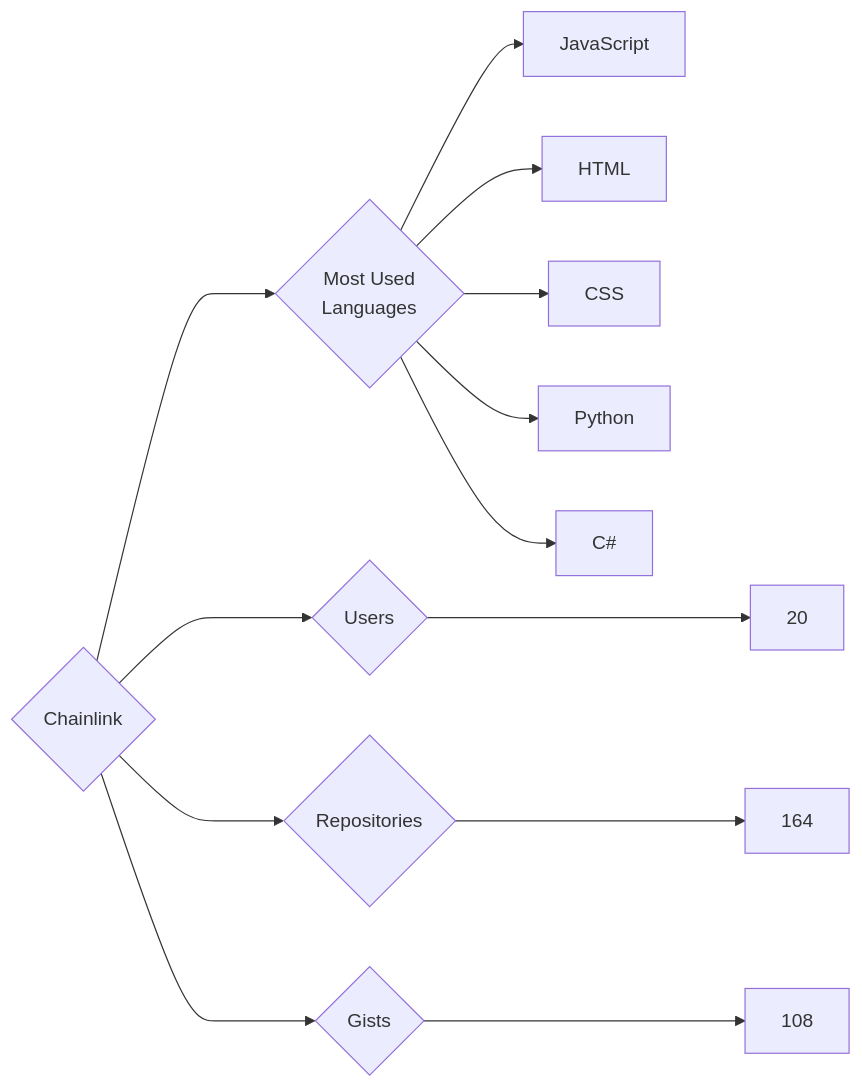
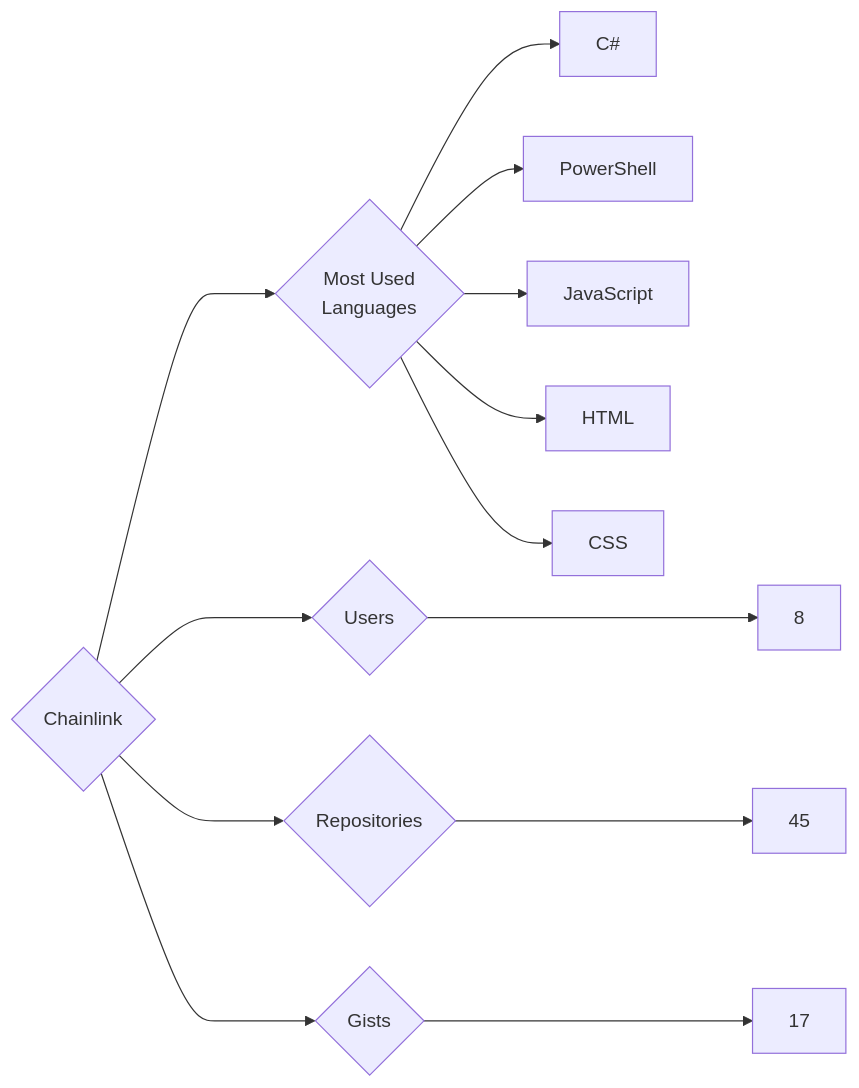
Before and after one commit to trickest/insiders: the diagram in targets/Chainlink/README.md, drawn with Mermaid. The commit also changed 745 other files, not shown here.

````diff
--- a/targets/Chainlink/README.md
+++ b/targets/Chainlink/README.md
@@ -3,13 +3,13 @@
 ```mermaid
 graph LR
 COMPANY_NAME{Chainlink}
-COMPANY_NAME ---> U{Users} ---> UN[20]
-COMPANY_NAME ---> R{Repositories} ---> RN[164]
-COMPANY_NAME ---> G{Gists} ---> GN[108]
+COMPANY_NAME ---> U{Users} ---> UN[8]
+COMPANY_NAME ---> R{Repositories} ---> RN[45]
+COMPANY_NAME ---> G{Gists} ---> GN[17]
 COMPANY_NAME ---> ML{Most Used<br>Languages}
+ML --> C#[C#]
+ML --> PowerShell[PowerShell]
 ML --> JavaScript[JavaScript]
 ML --> HTML[HTML]
 ML --> CSS[CSS]
-ML --> Python[Python]
-ML --> C#[C#]
 ```
````
